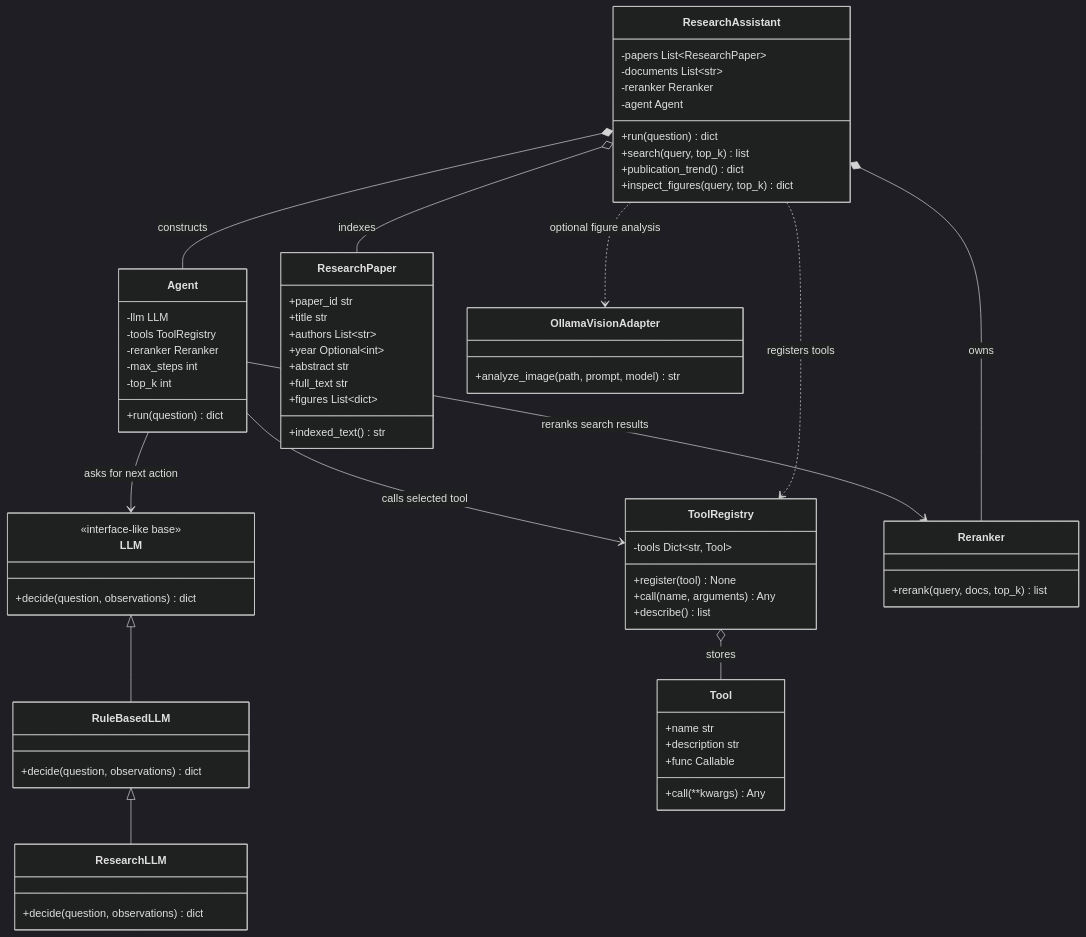
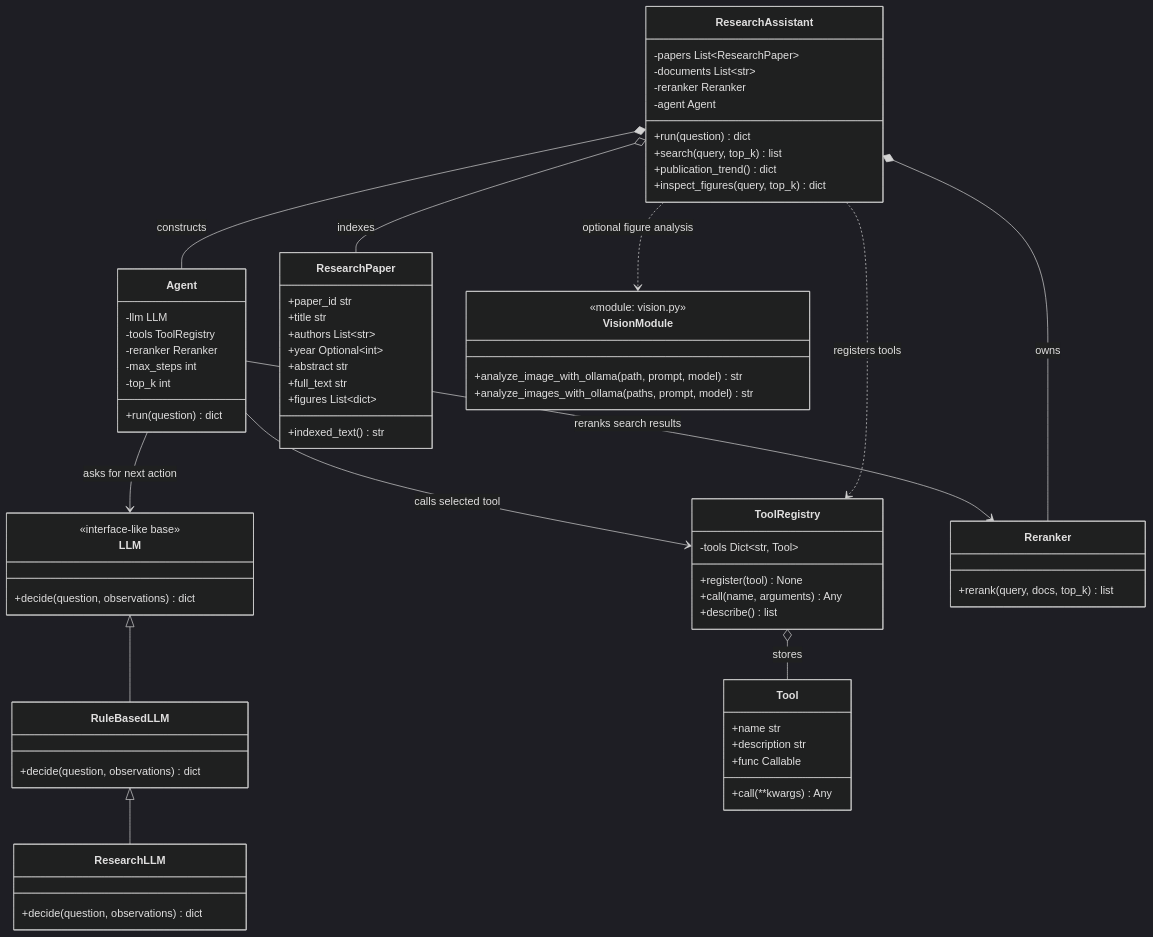
The second of 4 diagrams in doc/system-architecture.md (sefeoglu/llm-agents), drawn with Mermaid (dark theme) before and after one commit. The commit also changed other lines of this file and 19 other files, not shown here.

````diff
--- a/doc/system-architecture.md
+++ b/doc/system-architecture.md
@@ -47,71 +49,73 @@
 ```mermaid
 classDiagram
     class LLM {
         <<interface-like base>>
         +decide(question, observations) dict
     }
     class RuleBasedLLM {
         +decide(question, observations) dict
     }
     class ResearchLLM {
         +decide(question, observations) dict
     }
     class Agent {
         -llm LLM
         -tools ToolRegistry
         -reranker Reranker
         -max_steps int
         -top_k int
         +run(question) dict
     }
     class ResearchAssistant {
         -papers List~ResearchPaper~
         -documents List~str~
         -reranker Reranker
         -agent Agent
         +run(question) dict
         +search(query, top_k) list
         +publication_trend() dict
         +inspect_figures(query, top_k) dict
     }
     class ToolRegistry {
         -tools Dict~str, Tool~
         +register(tool) None
         +call(name, arguments) Any
         +describe() list
     }
     class Tool {
         +name str
         +description str
         +func Callable
         +call(**kwargs) Any
     }
     class Reranker {
         +rerank(query, docs, top_k) list
     }
     class ResearchPaper {
         +paper_id str
         +title str
         +authors List~str~
         +year Optional~int~
         +abstract str
         +full_text str
         +figures List~dict~
         +indexed_text() str
     }
-    class OllamaVisionAdapter {
-        +analyze_image(path, prompt, model) str
+    class VisionModule {
+        <<module: vision.py>>
+        +analyze_image_with_ollama(path, prompt, model) str
+        +analyze_images_with_ollama(paths, prompt, model) str
     }
 
     LLM <|-- RuleBasedLLM
     RuleBasedLLM <|-- ResearchLLM
     ResearchAssistant *-- Agent : constructs
     ResearchAssistant o-- ResearchPaper : indexes
     ResearchAssistant *-- Reranker : owns
     ResearchAssistant ..> ToolRegistry : registers tools
     Agent --> LLM : asks for next action
     Agent --> ToolRegistry : calls selected tool
     Agent --> Reranker : reranks search results
     ToolRegistry o-- Tool : stores
-    ResearchAssistant ..> OllamaVisionAdapter : optional figure analysis
+    ResearchAssistant ..> VisionModule : optional figure analysis
 ```
````
